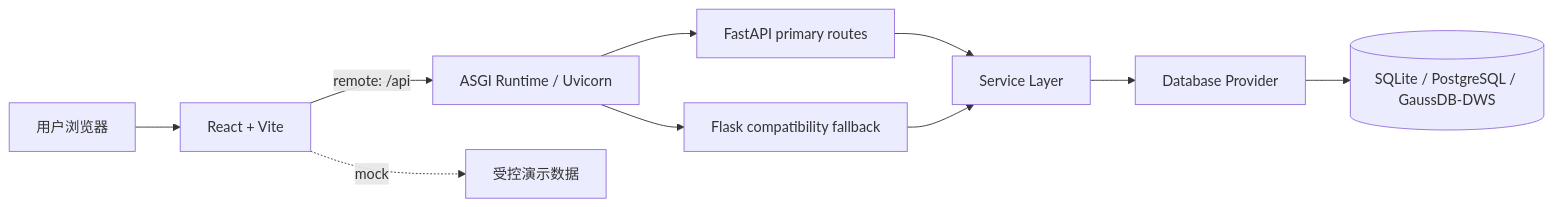
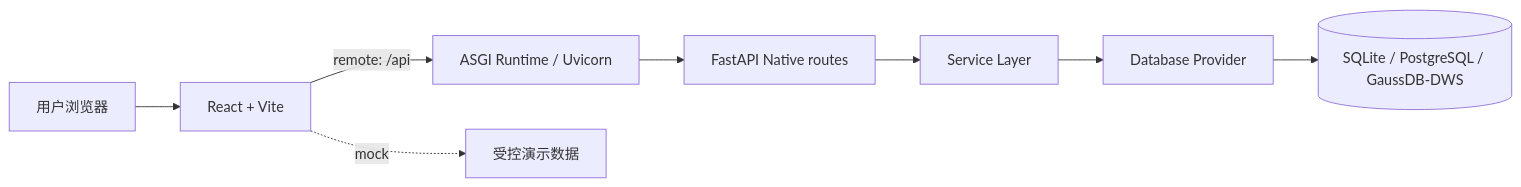
The diagram in README.md (0verme/data-asset-portal-community), drawn with Mermaid before and after one commit. The commit also changed 79 other files, not shown here.

````diff
--- a/README.md
+++ b/README.md
@@ -125,12 +125,10 @@
 ```mermaid
 flowchart LR
   U["用户浏览器"] --> R["React + Vite"]
   R -->|"remote: /api"| A["ASGI Runtime / Uvicorn"]
-  A --> F["FastAPI primary routes"]
-  A --> W["Flask compatibility fallback"]
+  A --> F["FastAPI Native routes"]
   F --> S["Service Layer"]
-  W --> S
   S --> D["Database Provider"]
   D --> DB[("SQLite / PostgreSQL / GaussDB-DWS")]
   R -.->|"mock"| M["受控演示数据"]
 ```
````
